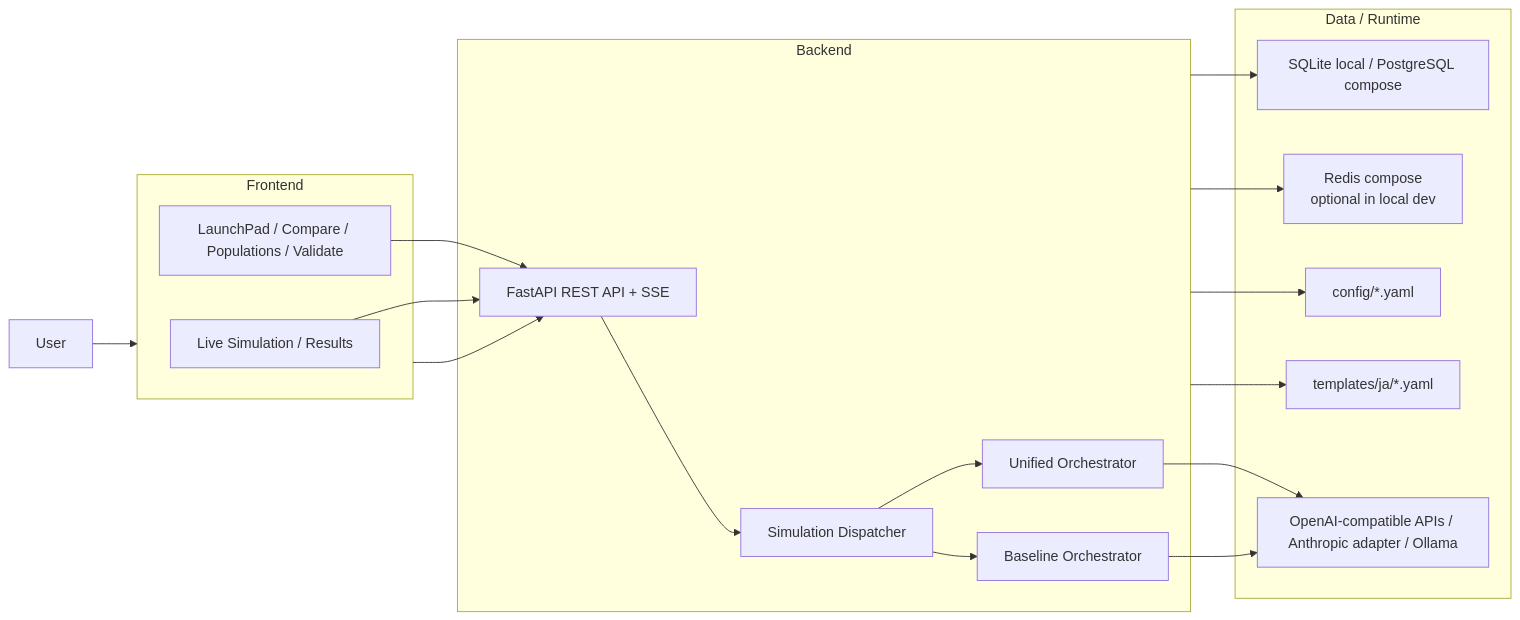
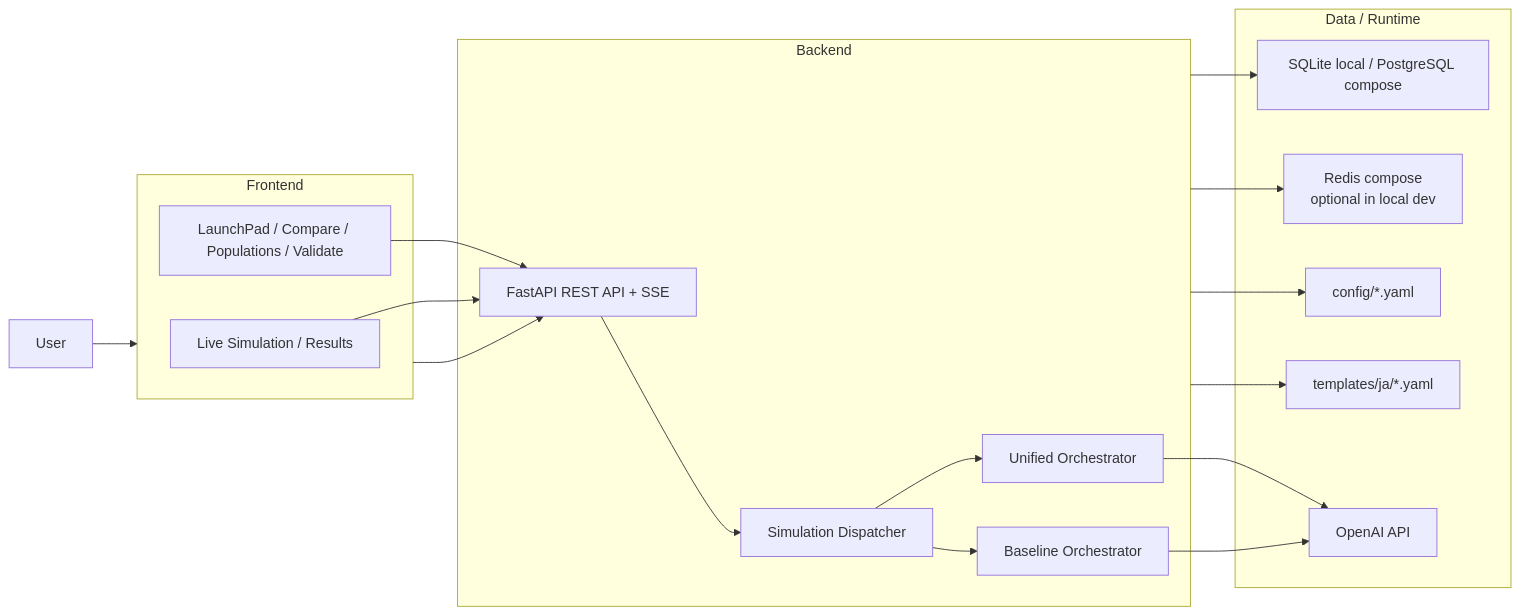
The second of 3 diagrams in README.en.md (usagi917/agoraAI), drawn with Mermaid before and after one commit. The commit also changed other lines of this file and 54 other files, not shown here.

````diff
--- a/README.en.md
+++ b/README.en.md
@@ -112,37 +112,37 @@
 ```mermaid
 flowchart LR
     User["User"] --> Frontend
 
     subgraph Frontend["Frontend"]
         LaunchPad["LaunchPad / Compare / Populations / Validate"]
         LiveUI["Live Simulation / Results"]
     end
 
     subgraph Backend["Backend"]
         API["FastAPI REST API + SSE"]
         Dispatcher["Simulation Dispatcher"]
         Unified["Unified Orchestrator"]
         Baseline["Baseline Orchestrator"]
     end
 
     subgraph Runtime["Data / Runtime"]
         DB["SQLite local / PostgreSQL compose"]
         Redis["Redis compose<br/>optional in local dev"]
         Config["config/*.yaml"]
         Templates["templates/ja/*.yaml"]
-        LLM["OpenAI-compatible APIs / Anthropic adapter / Ollama"]
+        LLM["OpenAI API"]
     end
 
     Frontend --> API
     LaunchPad --> API
     LiveUI --> API
     API --> Dispatcher
     Dispatcher --> Unified
     Dispatcher --> Baseline
     Backend --> DB
     Backend --> Redis
     Backend --> Config
     Backend --> Templates
     Unified --> LLM
     Baseline --> LLM
 ```
````
